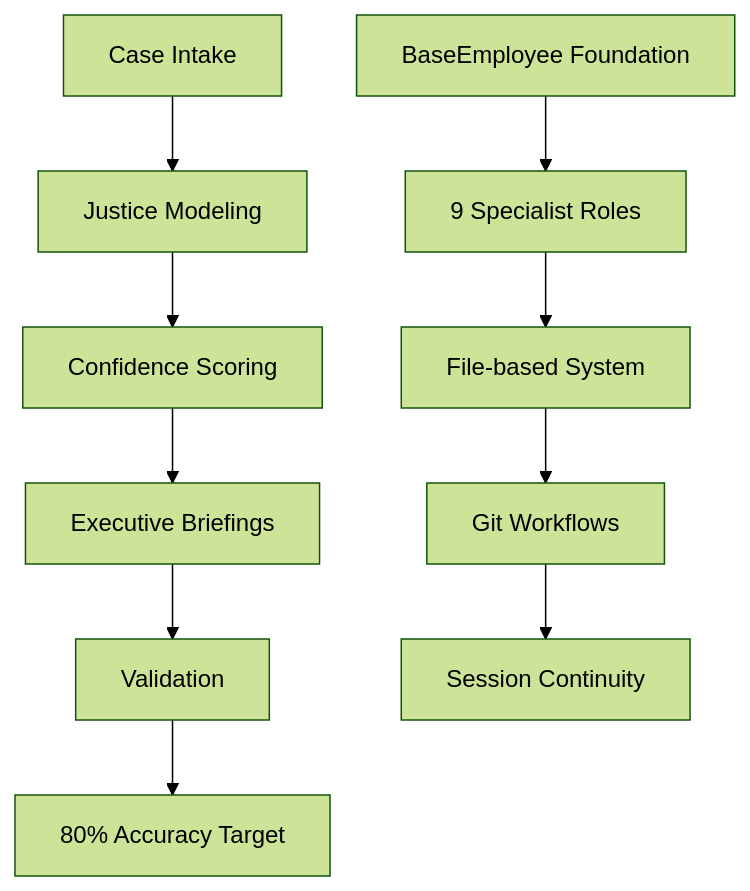
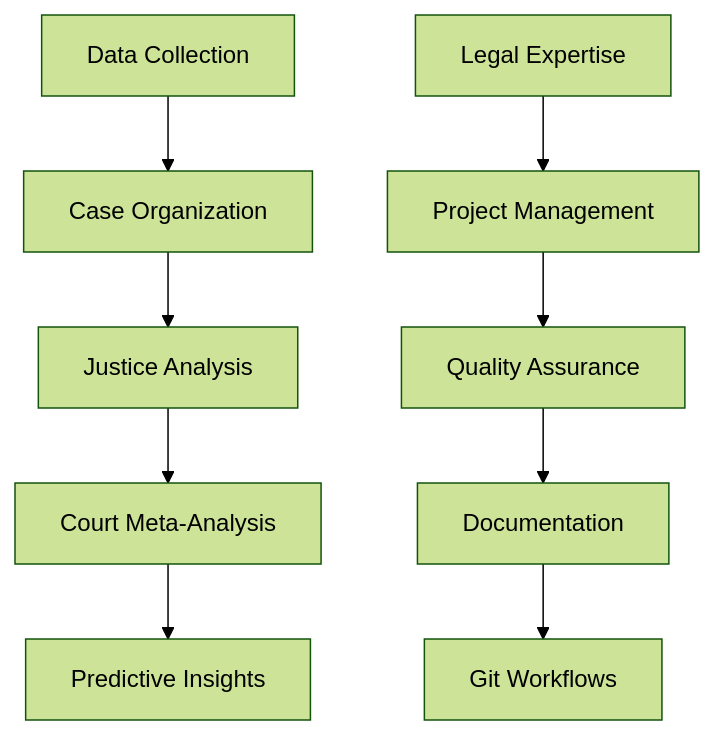
Before and after one commit to pnwfitz/ClaudeScotus: the second of 2 diagrams in README.md, drawn with Mermaid (forest theme). The commit also changed other lines of this file, not shown here.

First line of the commit message:
Update README.md to reflect new simplified architecture

````diff
--- a/README.md
+++ b/README.md
@@ -120,13 +117,12 @@
 ```mermaid
 graph TD
-    A[Case Intake] --> B[Justice Modeling]
-    B --> C[Confidence Scoring]
-    C --> D[Executive Briefings]
-    D --> E[Validation]
-    E --> F[80% Accuracy Target]
+    A[Data Collection] --> B[Case Organization]
+    B --> C[Justice Analysis]
+    C --> D[Court Meta-Analysis]
+    D --> E[Predictive Insights]
     
-    G[BaseEmployee Foundation] --> H[9 Specialist Roles]
-    H --> I[File-based System]
+    F[Legal Expertise] --> G[Project Management]
+    G --> H[Quality Assurance]
+    H --> I[Documentation]
     I --> J[Git Workflows]
-    J --> K[Session Continuity]
 ```
````
